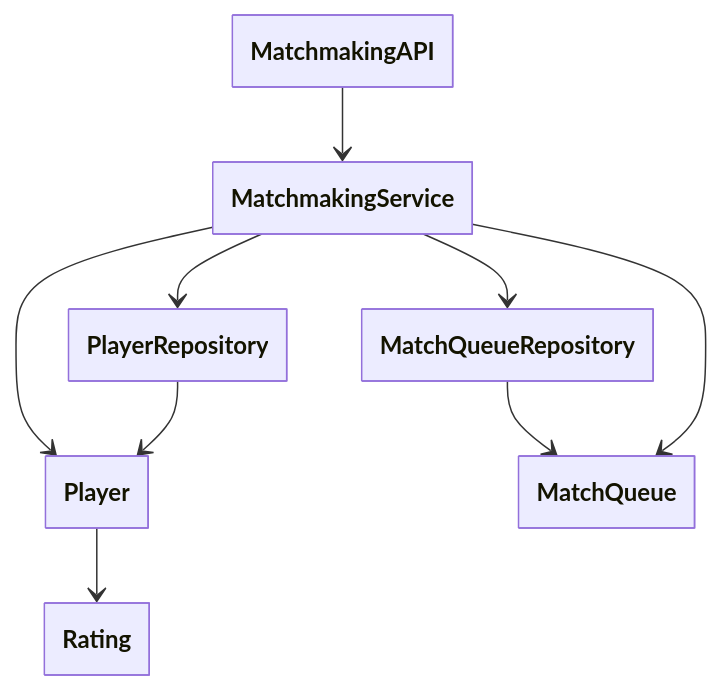
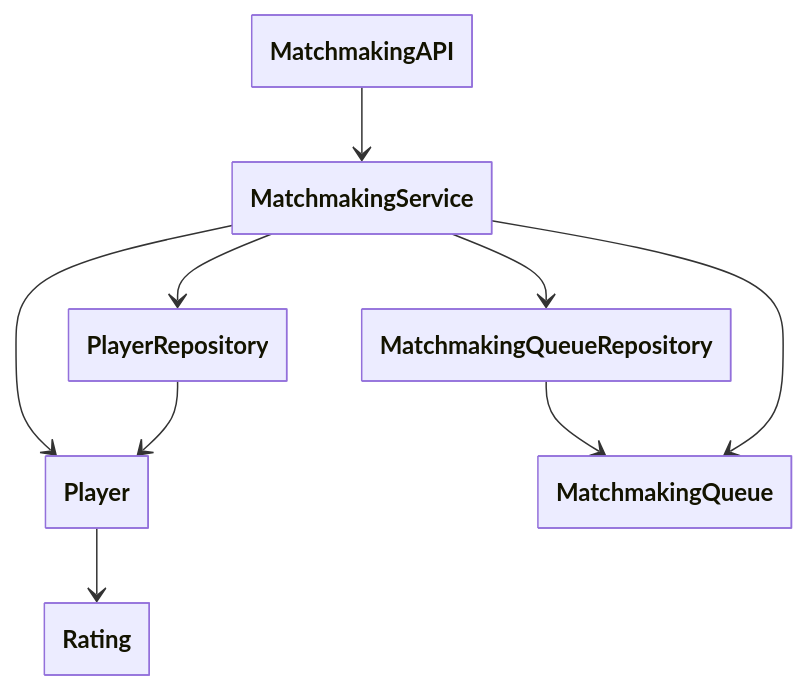
The fifth of 7 diagrams in docs/report.md (AndreaB2000/ASW-project), drawn with Mermaid before and after one commit.

Commit message:
docs: rename match queue to matchmaking queue

````diff
--- a/docs/report.md
+++ b/docs/report.md
@@ -416,24 +416,25 @@
 ```mermaid
 ---
   config:
     class:
       hideEmptyMembersBox: true
 ---
 
 classDiagram
     class MatchmakingAPI
     class MatchmakingService
     class Player
     class Rating
     class PlayerRepository
-    class MatchQueueRepository
+    class MatchmakingQueueRepository
+    class MatchmakingQueue
 
     MatchmakingAPI --> MatchmakingService
     MatchmakingService --> Player
     MatchmakingService --> PlayerRepository
     PlayerRepository --> Player
     Player --> Rating
-    MatchmakingService --> MatchQueueRepository
-    MatchQueueRepository --> MatchQueue
-    MatchmakingService --> MatchQueue
+    MatchmakingService --> MatchmakingQueueRepository
+    MatchmakingQueueRepository --> MatchmakingQueue
+    MatchmakingService --> MatchmakingQueue
 ```
````
